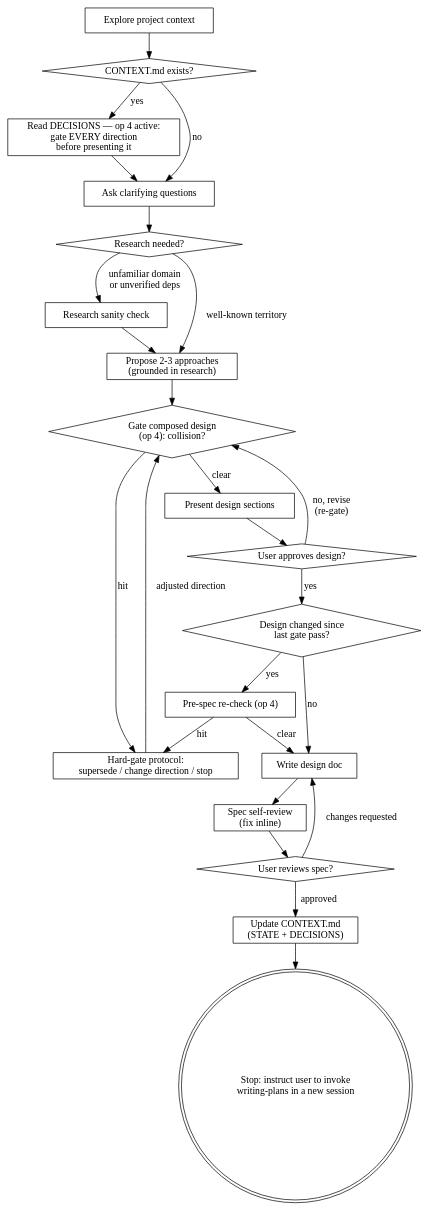
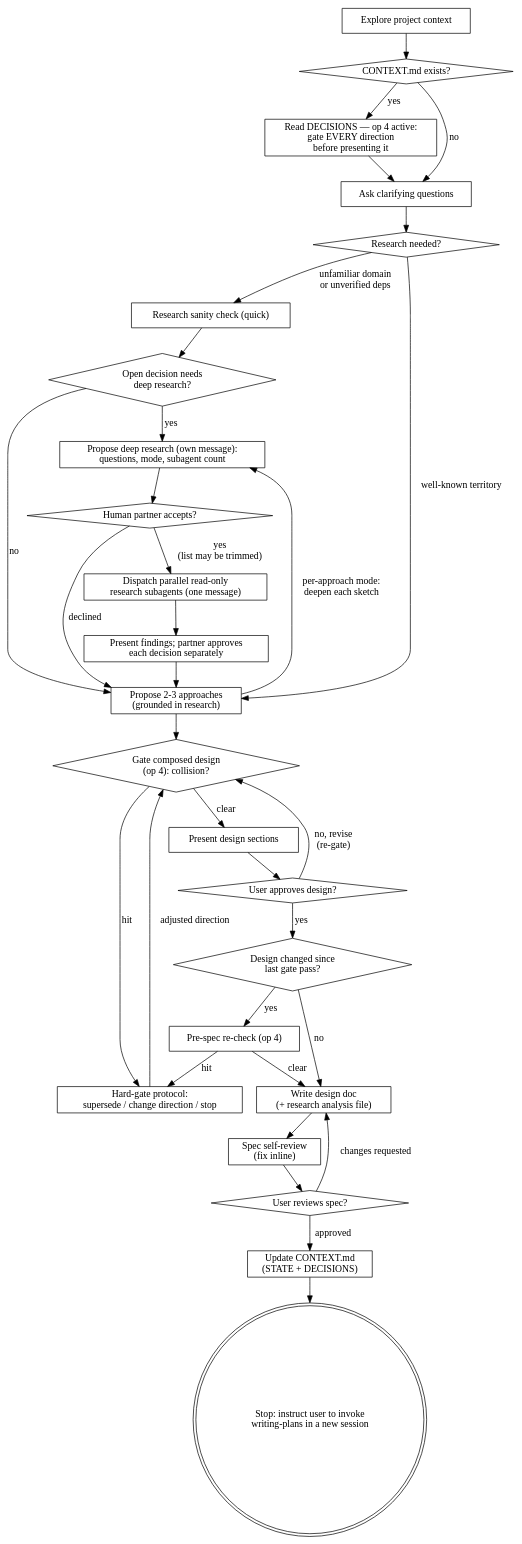
Before and after one commit to jacek2v/superpowers-j2v: the diagram in skills/brainstorming/SKILL.md, drawn with Graphviz. The commit also changed other lines of this file, not shown here.

Commit message:
docs(brainstorming): add the deep research tier to step 5, flow, and persistence

````diff
--- a/skills/brainstorming/SKILL.md
+++ b/skills/brainstorming/SKILL.md
@@ -56,47 +56,60 @@
 ```dot
 digraph brainstorming {
     "Explore project context" [shape=box];
     "CONTEXT.md exists?" [shape=diamond];
     "Read DECISIONS — op 4 active:\ngate EVERY direction\nbefore presenting it" [shape=box];
     "Ask clarifying questions" [shape=box];
     "Research needed?" [shape=diamond];
-    "Research sanity check" [shape=box];
+    "Research sanity check (quick)" [shape=box];
+    "Open decision needs\ndeep research?" [shape=diamond];
+    "Propose deep research (own message):\nquestions, mode, subagent count" [shape=box];
+    "Human partner accepts?" [shape=diamond];
+    "Dispatch parallel read-only\nresearch subagents (one message)" [shape=box];
+    "Present findings; partner approves\neach decision separately" [shape=box];
     "Propose 2-3 approaches\n(grounded in research)" [shape=box];
     "Gate composed design\n(op 4): collision?" [shape=diamond];
     "Hard-gate protocol:\nsupersede / change direction / stop" [shape=box];
     "Present design sections" [shape=box];
     "User approves design?" [shape=diamond];
     "Design changed since\nlast gate pass?" [shape=diamond];
     "Pre-spec re-check (op 4)" [shape=box];
-    "Write design doc" [shape=box];
+    "Write design doc\n(+ research analysis file)" [shape=box];
     "Spec self-review\n(fix inline)" [shape=box];
     "User reviews spec?" [shape=diamond];
     "Update CONTEXT.md\n(STATE + DECISIONS)" [shape=box];
     "Stop: instruct user to invoke\nwriting-plans in a new session" [shape=doublecircle];
 
     "Explore project context" -> "CONTEXT.md exists?";
     "CONTEXT.md exists?" -> "Read DECISIONS — op 4 active:\ngate EVERY direction\nbefore presenting it" [label="yes"];
     "CONTEXT.md exists?" -> "Ask clarifying questions" [label="no"];
     "Read DECISIONS — op 4 active:\ngate EVERY direction\nbefore presenting it" -> "Ask clarifying questions";
     "Ask clarifying questions" -> "Research needed?";
-    "Research needed?" -> "Research sanity check" [label="unfamiliar domain\nor unverified deps"];
+    "Research needed?" -> "Research sanity check (quick)" [label="unfamiliar domain\nor unverified deps"];
     "Research needed?" -> "Propose 2-3 approaches\n(grounded in research)" [label="well-known territory"];
-    "Research sanity check" -> "Propose 2-3 approaches\n(grounded in research)";
+    "Research sanity check (quick)" -> "Open decision needs\ndeep research?";
+    "Open decision needs\ndeep research?" -> "Propose deep research (own message):\nquestions, mode, subagent count" [label="yes"];
+    "Open decision needs\ndeep research?" -> "Propose 2-3 approaches\n(grounded in research)" [label="no"];
+    "Propose deep research (own message):\nquestions, mode, subagent count" -> "Human partner accepts?";
+    "Human partner accepts?" -> "Dispatch parallel read-only\nresearch subagents (one message)" [label="yes\n(list may be trimmed)"];
+    "Human partner accepts?" -> "Propose 2-3 approaches\n(grounded in research)" [label="declined"];
+    "Dispatch parallel read-only\nresearch subagents (one message)" -> "Present findings; partner approves\neach decision separately";
+    "Present findings; partner approves\neach decision separately" -> "Propose 2-3 approaches\n(grounded in research)";
+    "Propose 2-3 approaches\n(grounded in research)" -> "Propose deep research (own message):\nquestions, mode, subagent count" [label="per-approach mode:\ndeepen each sketch"];
     "Propose 2-3 approaches\n(grounded in research)" -> "Gate composed design\n(op 4): collision?";
     "Gate composed design\n(op 4): collision?" -> "Hard-gate protocol:\nsupersede / change direction / stop" [label="hit"];
     "Hard-gate protocol:\nsupersede / change direction / stop" -> "Gate composed design\n(op 4): collision?" [label="adjusted direction"];
     "Gate composed design\n(op 4): collision?" -> "Present design sections" [label="clear"];
     "Present design sections" -> "User approves design?";
     "User approves design?" -> "Gate composed design\n(op 4): collision?" [label="no, revise\n(re-gate)"];
     "User approves design?" -> "Design changed since\nlast gate pass?" [label="yes"];
     "Design changed since\nlast gate pass?" -> "Pre-spec re-check (op 4)" [label="yes"];
-    "Design changed since\nlast gate pass?" -> "Write design doc" [label="no"];
-    "Pre-spec re-check (op 4)" -> "Write design doc" [label="clear"];
+    "Design changed since\nlast gate pass?" -> "Write design doc\n(+ research analysis file)" [label="no"];
+    "Pre-spec re-check (op 4)" -> "Write design doc\n(+ research analysis file)" [label="clear"];
     "Pre-spec re-check (op 4)" -> "Hard-gate protocol:\nsupersede / change direction / stop" [label="hit"];
-    "Write design doc" -> "Spec self-review\n(fix inline)";
+    "Write design doc\n(+ research analysis file)" -> "Spec self-review\n(fix inline)";
     "Spec self-review\n(fix inline)" -> "User reviews spec?";
-    "User reviews spec?" -> "Write design doc" [label="changes requested"];
+    "User reviews spec?" -> "Write design doc\n(+ research analysis file)" [label="changes requested"];
     "User reviews spec?" -> "Update CONTEXT.md\n(STATE + DECISIONS)" [label="approved"];
     "Update CONTEXT.md\n(STATE + DECISIONS)" -> "Stop: instruct user to invoke\nwriting-plans in a new session";
 }
 ```
````
